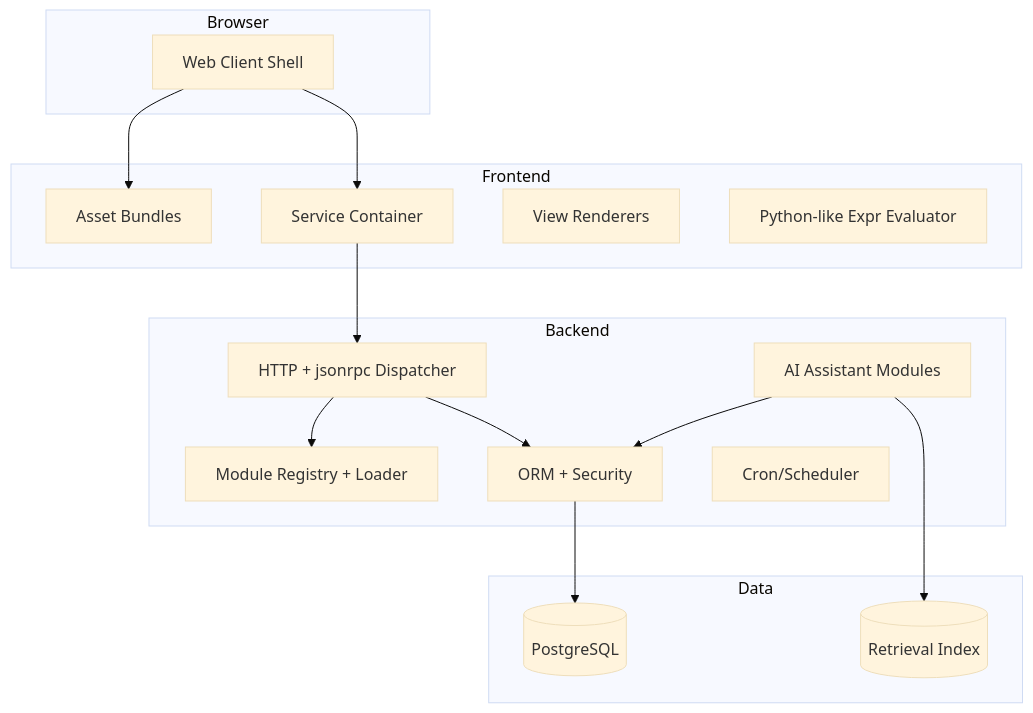
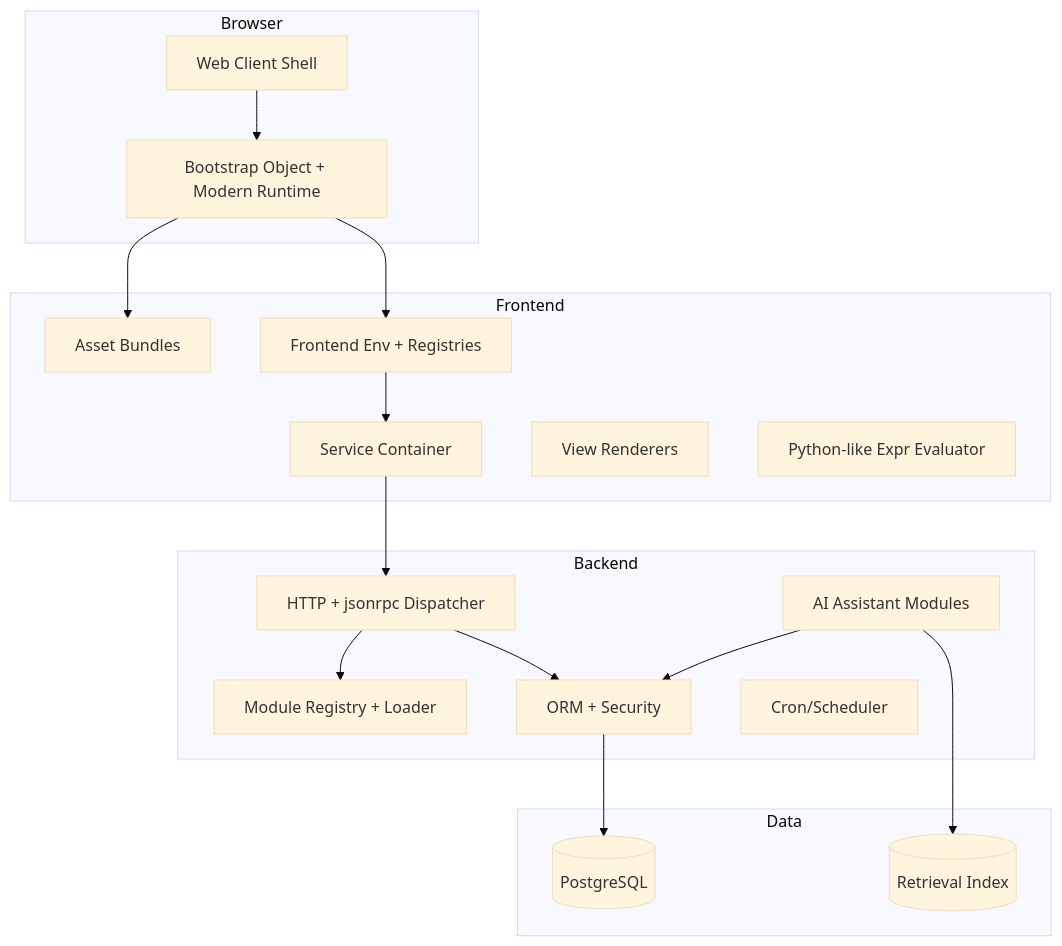
Before and after one commit to Janar2510/AI-Power: the diagram in docs/architecture.md, drawn with Mermaid (base theme). The commit also changed other lines of this file and 79 other files, not shown here.

````diff
--- a/docs/architecture.md
+++ b/docs/architecture.md
@@ -9,35 +11,39 @@
 ```mermaid
 flowchart TB
   subgraph Browser
     UI[Web Client Shell]
+    Boot[Bootstrap Object + Modern Runtime]
   end
 
   subgraph Frontend
     Assets[Asset Bundles]
+    Env[Frontend Env + Registries]
     Services[Service Container]
     Views[View Renderers]
     PyEval[Python-like Expr Evaluator]
   end
 
   subgraph Backend
     HTTP[HTTP + jsonrpc Dispatcher]
     Registry[Module Registry + Loader]
     ORM[ORM + Security]
     Scheduler[Cron/Scheduler]
     AI[AI Assistant Modules]
   end
 
   subgraph Data
     PG[(PostgreSQL)]
     Index[(Retrieval Index)]
   end
 
-  UI --> Assets
-  UI --> Services
+  UI --> Boot
+  Boot --> Assets
+  Boot --> Env
+  Env --> Services
   Services --> HTTP
   HTTP --> Registry
   HTTP --> ORM
   ORM --> PG
   AI --> ORM
   AI --> Index
 ```
````
